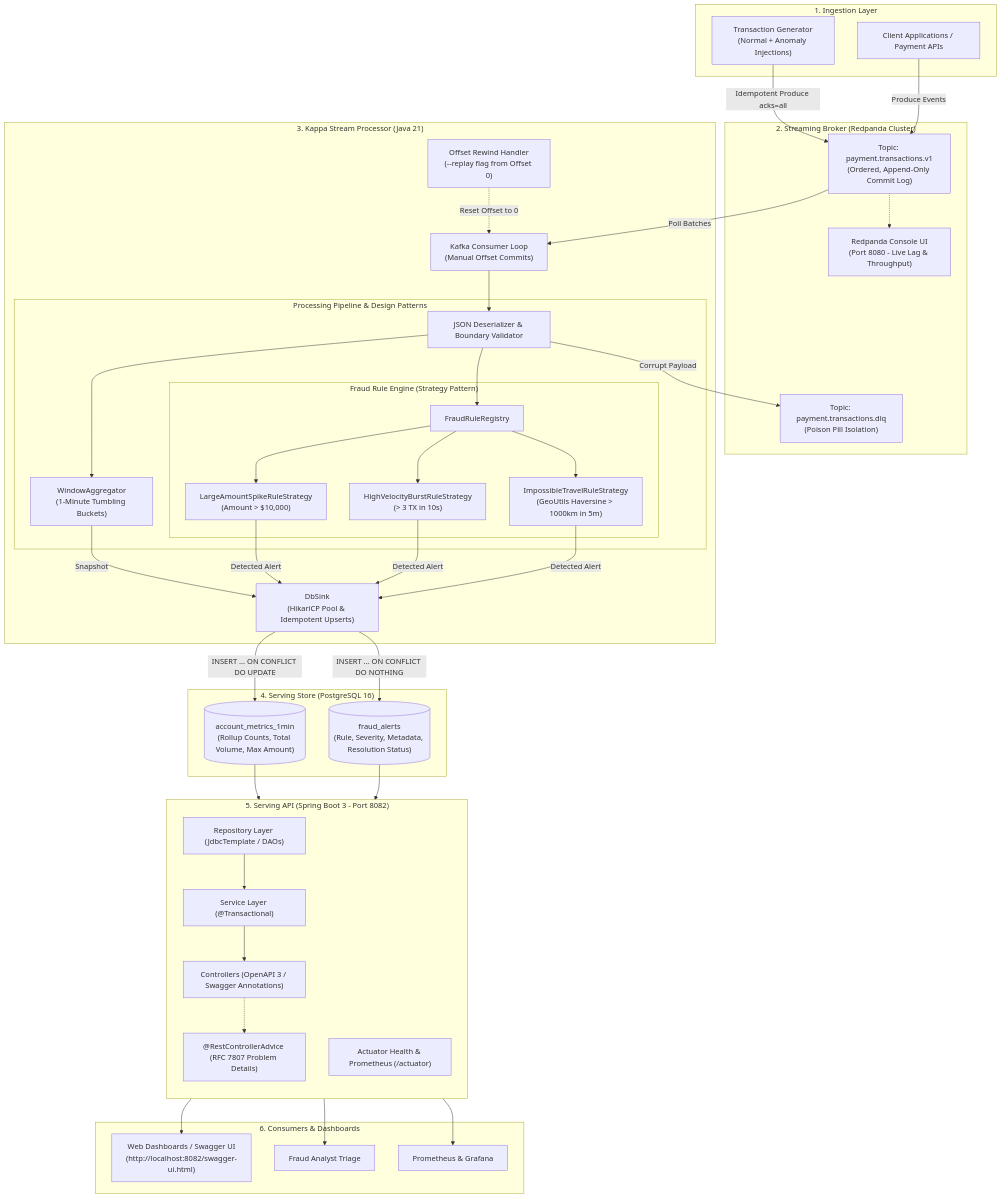
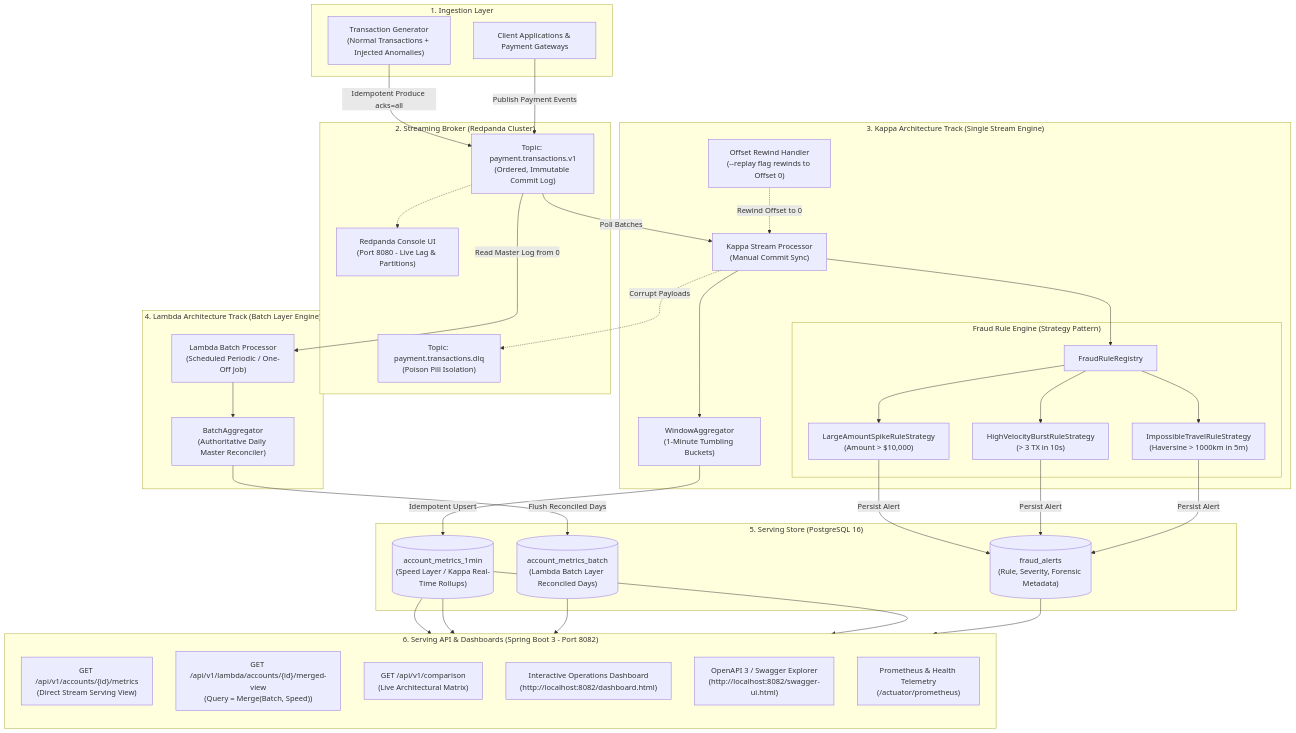
One commit to kirankumarhm/Streaming-and-Fraud-Platform-Kappa-Architecture changed the first of 4 diagrams in README.md. Above: the diagram before and after it, drawn with Mermaid. The commit also changed other lines of this file and 18 other files, not shown here.

Commit message:
feat: add Lambda Architecture batch processor, merged view API, article conceptual breakdown in README, and side-by-side comparison

````diff
--- a/README.md
+++ b/README.md
@@ -9,83 +64,73 @@
 ```mermaid
 flowchart TD
     subgraph Producers["1. Ingestion Layer"]
-        Gen["Transaction Generator\n(Normal + Anomaly Injections)"]
-        ClientApps["Client Applications / Payment APIs"]
+        Gen["Transaction Generator\n(Normal Transactions + Injected Anomalies)"]
+        ClientApps["Client Applications & Payment Gateways"]
     end
 
     subgraph Broker["2. Streaming Broker (Redpanda Cluster)"]
-        MainTopic["Topic: payment.transactions.v1\n(Ordered, Append-Only Commit Log)"]
+        MainTopic["Topic: payment.transactions.v1\n(Ordered, Immutable Commit Log)"]
         DLQTopic["Topic: payment.transactions.dlq\n(Poison Pill Isolation)"]
-        Console["Redpanda Console UI\n(Port 8080 - Live Lag & Throughput)"]
+        Console["Redpanda Console UI\n(Port 8080 - Live Lag & Partitions)"]
     end
 
-    subgraph Processor["3. Kappa Stream Processor (Java 21)"]
-        Consumer["Kafka Consumer Loop\n(Manual Offset Commits)"]
+    subgraph KappaTrack["3. Kappa Architecture Track (Single Stream Engine)"]
+        Consumer["Kappa Stream Processor\n(Manual Commit Sync)"]
+        WindowAgg["WindowAggregator\n(1-Minute Tumbling Buckets)"]
         
-        subgraph Pipeline["Processing Pipeline & Design Patterns"]
-            Deser["JSON Deserializer & Boundary Validator"]
-            WindowAgg["WindowAggregator\n(1-Minute Tumbling Buckets)"]
-            
-            subgraph Strategy["Fraud Rule Engine (Strategy Pattern)"]
-                Registry["FraudRuleRegistry"]
-                Rule1["LargeAmountSpikeRuleStrategy\n(Amount > $10,000)"]
-                Rule2["HighVelocityBurstRuleStrategy\n(> 3 TX in 10s)"]
-                Rule3["ImpossibleTravelRuleStrategy\n(GeoUtils Haversine > 1000km in 5m)"]
-            end
+        subgraph StrategyPattern["Fraud Rule Engine (Strategy Pattern)"]
+            Registry["FraudRuleRegistry"]
+            Rule1["LargeAmountSpikeRuleStrategy\n(Amount > $10,000)"]
+            Rule2["HighVelocityBurstRuleStrategy\n(> 3 TX in 10s)"]
+            Rule3["ImpossibleTravelRuleStrategy\n(Haversine > 1000km in 5m)"]
         end
 
-        DbSink["DbSink\n(HikariCP Pool & Idempotent Upserts)"]
-        ReplayEngine["Offset Rewind Handler\n(--replay flag from Offset 0)"]
+        ReplayEngine["Offset Rewind Handler\n(--replay flag rewinds to Offset 0)"]
     end
 
-    subgraph Storage["4. Serving Store (PostgreSQL 16)"]
-        MetricsTable[("account_metrics_1min\n(Rollup Counts, Total Volume, Max Amount)")]
-        AlertsTable[("fraud_alerts\n(Rule, Severity, Metadata, Resolution Status)")]
+    subgraph LambdaTrack["4. Lambda Architecture Track (Batch Layer Engine)"]
+        BatchWorker["Lambda Batch Processor\n(Scheduled Periodic / One-Off Job)"]
+        BatchAgg["BatchAggregator\n(Authoritative Daily Master Reconciler)"]
     end
 
-    subgraph ServingAPI["5. Serving API (Spring Boot 3 - Port 8082)"]
-        direction TB
-        ControllerLayer["Controllers (OpenAPI 3 / Swagger Annotations)"]
-        ServiceLayer["Service Layer (@Transactional)"]
-        RepoLayer["Repository Layer (JdbcTemplate / DAOs)"]
-        GlobalHandler["@RestControllerAdvice (RFC 7807 Problem Details)"]
-        Actuator["Actuator Health & Prometheus (/actuator)"]
+    subgraph ServingStore["5. Serving Store (PostgreSQL 16)"]
+        MetricsSpeed[("account_metrics_1min\n(Speed Layer / Kappa Real-Time Rollups)")]
+        MetricsBatch[("account_metrics_batch\n(Lambda Batch Layer Reconciled Days)")]
+        AlertsTable[("fraud_alerts\n(Rule, Severity, Forensic Metadata)")]
     end
 
-    subgraph Clients["6. Consumers & Dashboards"]
-        BrowserUI["Web Dashboards / Swagger UI\n(http://localhost:8082/swagger-ui.html)"]
-        FraudOfficer["Fraud Analyst Triage"]
-        PrometheusServer["Prometheus & Grafana"]
+    subgraph ServingAPI["6. Serving API & Dashboards (Spring Boot 3 - Port 8082)"]
+        direction TB
+        KappaAPI["GET /api/v1/accounts/{id}/metrics\n(Direct Stream Serving View)"]
+        LambdaAPI["GET /api/v1/lambda/accounts/{id}/merged-view\n(Query = Merge(Batch, Speed))"]
+        ComparisonAPI["GET /api/v1/comparison\n(Live Architectural Matrix)"]
+        WebDashboard["Interactive Operations Dashboard\n(http://localhost:8082/dashboard.html)"]
+        SwaggerUI["OpenAPI 3 / Swagger Explorer\n(http://localhost:8082/swagger-ui.html)"]
+        Actuator["Prometheus & Health Telemetry\n(/actuator/prometheus)"]
     end
 
-    %% Data Flow Connections
+    %% Ingestion Links
     Gen -->|Idempotent Produce acks=all| MainTopic
-    ClientApps -->|Produce Events| MainTopic
+    ClientApps -->|Publish Payment Events| MainTopic
     MainTopic -.-> Console
 
+    %% Kappa Track Flow
     MainTopic -->|Poll Batches| Consumer
-    Consumer --> Deser
-    Deser -->|Corrupt Payload| DLQTopic
-    Deser --> WindowAgg
-    Deser --> Registry
+    Consumer --> WindowAgg
+    Consumer --> Registry
+    Consumer -.->|Corrupt Payloads| DLQTopic
+    Registry --> Rule1 & Rule2 & Rule3
+    WindowAgg -->|Idempotent Upsert| MetricsSpeed
+    Rule1 & Rule2 & Rule3 -->|Persist Alert| AlertsTable
+    ReplayEngine -.->|Rewind Offset to 0| Consumer
 
-    Registry --> Rule1
-    Registry --> Rule2
-    Registry --> Rule3
+    %% Lambda Track Flow
+    MainTopic -->|Read Master Log from 0| BatchWorker
+    BatchWorker --> BatchAgg
+    BatchAgg -->|Flush Reconciled Days| MetricsBatch
 
-    WindowAgg -->|Snapshot| DbSink
-    Rule1 & Rule2 & Rule3 -->|Detected Alert| DbSink
-    ReplayEngine -.->|Reset Offset to 0| Consumer
-
-    DbSink -->|INSERT ... ON CONFLICT DO UPDATE| MetricsTable
-    DbSink -->|INSERT ... ON CONFLICT DO NOTHING| AlertsTable
-
-    MetricsTable & AlertsTable --> RepoLayer
-    RepoLayer --> ServiceLayer
-    ServiceLayer --> ControllerLayer
-    ControllerLayer -.-> GlobalHandler
-
-    ControllerLayer --> BrowserUI
-    ControllerLayer --> FraudOfficer
-    Actuator --> PrometheusServer
+    %% Serving Layer Connections
+    MetricsSpeed --> KappaAPI
+    MetricsSpeed & MetricsBatch --> LambdaAPI
+    MetricsSpeed & AlertsTable --> WebDashboard
 ```
````
